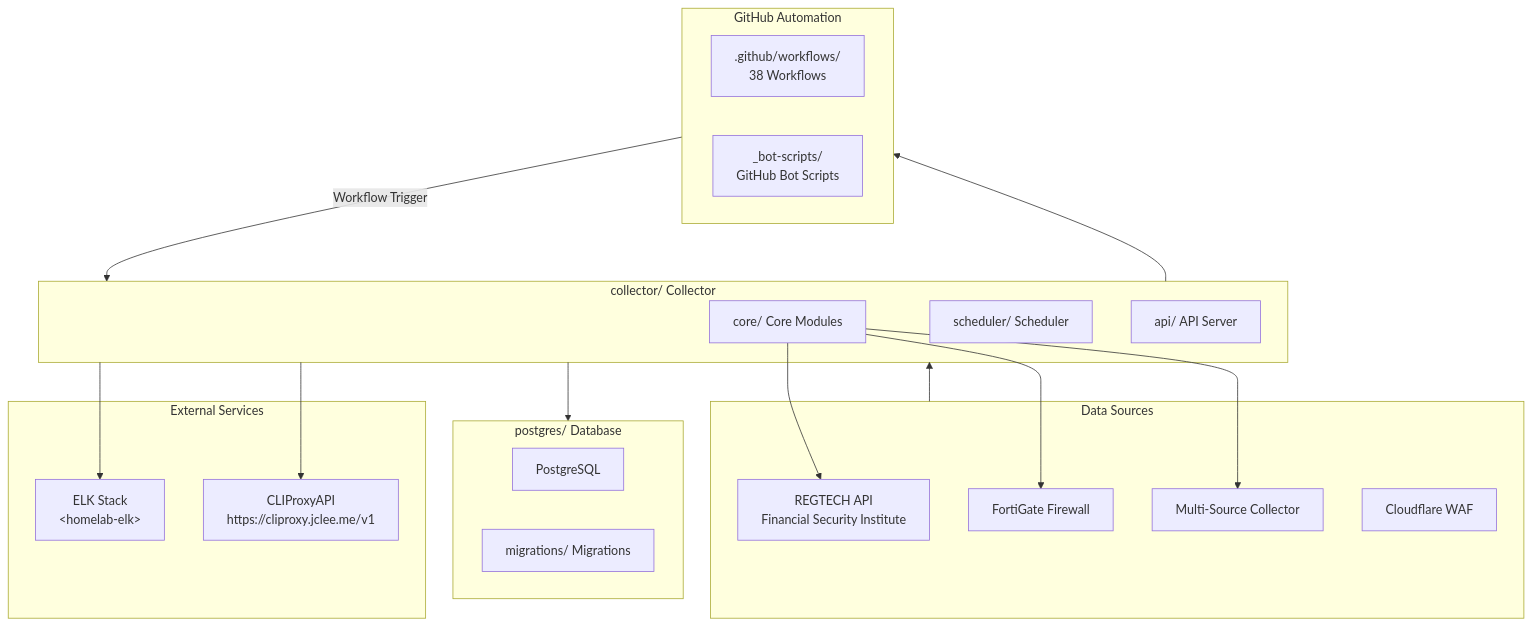
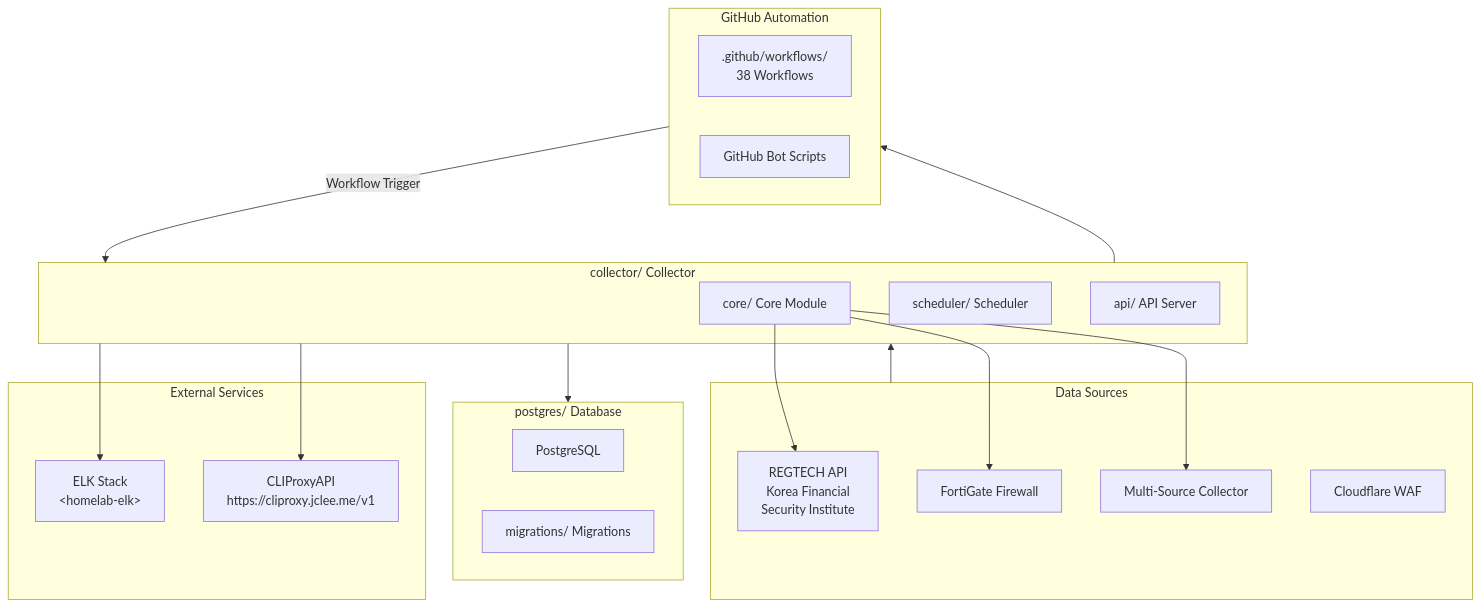
One commit to jclee941/blacklist changed the second of 2 diagrams in README.md. Above: the diagram before and after it, drawn with Mermaid. The commit also changed other lines of this file, not shown here.

````diff
--- a/README.md
+++ b/README.md
@@ -359,41 +110,41 @@
 ```mermaid
 flowchart TB
     subgraph DataSources["Data Sources"]
-        REGTECH["REGTECH API<br/>Financial Security Institute"]
+        REGTECH["REGTECH API<br/>Korea Financial<br/>Security Institute"]
         FORTIGATE["FortiGate Firewall"]
         MULTI["Multi-Source Collector"]
         CLOUDFLARE["Cloudflare WAF"]
     end
 
     subgraph Collector["collector/ Collector"]
-        CORE["core/ Core Modules"]
+        CORE["core/ Core Module"]
         SCHEDULER["scheduler/ Scheduler"]
         API["api/ API Server"]
 
         CORE --> FORTIGATE
         CORE --> REGTECH
         CORE --> MULTI
     end
 
     subgraph Database["postgres/ Database"]
         PG["PostgreSQL"]
         MIGRATIONS["migrations/ Migrations"]
     end
 
     subgraph GitHubAutomation["GitHub Automation"]
         WORKFLOWS[".github/workflows/<br/>38 Workflows"]
-        BOTS["_bot-scripts/<br/>GitHub Bot Scripts"]
+        BOTS["GitHub Bot Scripts"]
     end
 
     subgraph ExternalServices["External Services"]
         ELK["ELK Stack<br/>&lt;homelab-elk&gt;"]
         PROXY["CLIProxyAPI<br/>https://cliproxy.jclee.me/v1"]
     end
 
     DataSources --> Collector
     Collector --> Database
     Collector --> GitHubAutomation
     GitHubAutomation -->|"Workflow Trigger"| Collector
     Collector --> ELK
     Collector --> PROXY
 ```
````
